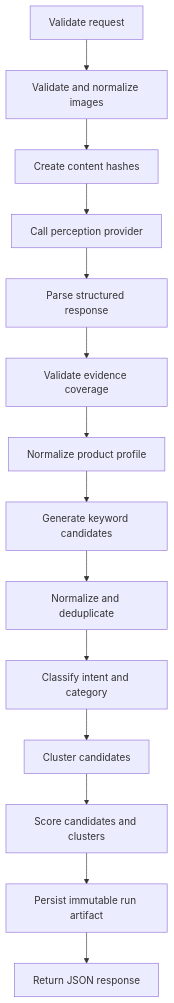
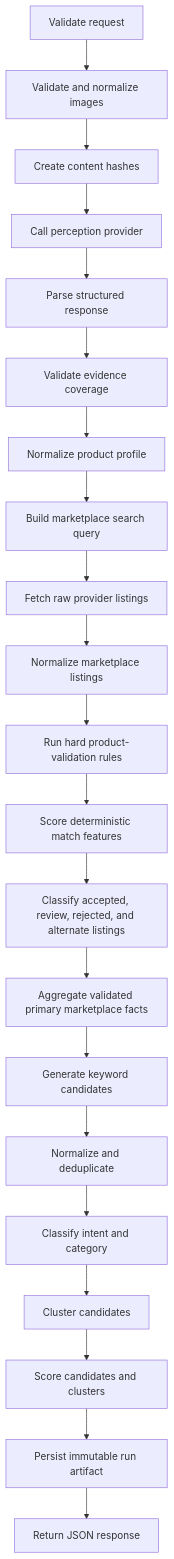
One commit to ChiefSZ13/digitalmarketingagent changed the second of 2 diagrams in docs/architecture.md. Above: the diagram before and after it, drawn with Mermaid. The commit also changed other lines of this file and 29 other files, not shown here.

Commit message:
add deterministic marketplace listing validation

````diff
--- a/docs/architecture.md
+++ b/docs/architecture.md
@@ -18,16 +22,23 @@
 ```mermaid
 flowchart TD
   A["Validate request"] --> B["Validate and normalize images"]
   B --> C["Create content hashes"]
   C --> D["Call perception provider"]
   D --> E["Parse structured response"]
   E --> F["Validate evidence coverage"]
   F --> G["Normalize product profile"]
-  G --> H["Generate keyword candidates"]
-  H --> I["Normalize and deduplicate"]
-  I --> J["Classify intent and category"]
-  J --> K["Cluster candidates"]
-  K --> L["Score candidates and clusters"]
-  L --> M["Persist immutable run artifact"]
-  M --> N["Return JSON response"]
+  G --> H["Build marketplace search query"]
+  H --> I["Fetch raw provider listings"]
+  I --> J["Normalize marketplace listings"]
+  J --> K["Run hard product-validation rules"]
+  K --> L["Score deterministic match features"]
+  L --> M["Classify accepted, review, rejected, and alternate listings"]
+  M --> N["Aggregate validated primary marketplace facts"]
+  N --> O["Generate keyword candidates"]
+  O --> P["Normalize and deduplicate"]
+  P --> Q["Classify intent and category"]
+  Q --> R["Cluster candidates"]
+  R --> S["Score candidates and clusters"]
+  S --> T["Persist immutable run artifact"]
+  T --> U["Return JSON response"]
 ```
````
